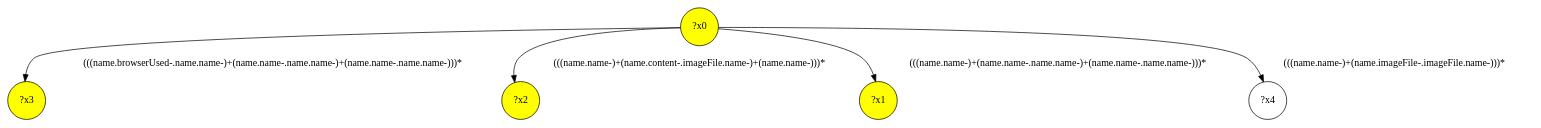
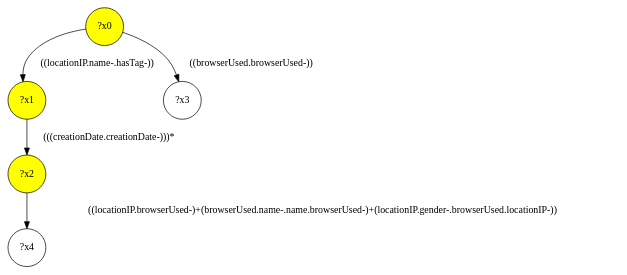
Before and after one commit to gbagan/gmark: the diagram in demo/social-a/social-a-interface/query-24.dot, drawn with Graphviz. The commit also changed 1418 other files, not shown here.

```diff
--- a/demo/social-a/social-a-interface/query-24.dot
+++ b/demo/social-a/social-a-interface/query-24.dot
@@ -1,11 +1,11 @@
 digraph g {
-	x3 [fillcolor="yellow", style="filled," shape=circle, label="?x3"];
+	x0 [fillcolor="yellow", style="filled," shape=circle, label="?x0"];
 	x2 [fillcolor="yellow", style="filled," shape=circle, label="?x2"];
 	x1 [fillcolor="yellow", style="filled," shape=circle, label="?x1"];
-	x0 [fillcolor="yellow", style="filled," shape=circle, label="?x0"];
-	x0 -> x1 [label="(((name.name-)+(name.name-.name.name-)+(name.name-.name.name-)))*"];
-	x0 -> x2 [label="(((name.name-)+(name.content-.imageFile.name-)+(name.name-)))*"];
-	x0 -> x3 [label="(((name.browserUsed-.name.name-)+(name.name-.name.name-)+(name.name-.name.name-)))*"];
+	x0 -> x1 [label="((locationIP.name-.hasTag-))"];
+	x1 -> x2 [label="(((creationDate.creationDate-)))*"];
+	x3 [shape=circle, label="?x3"];
+	x0 -> x3 [label="((browserUsed.browserUsed-))"];
 	x4 [shape=circle, label="?x4"];
-	x0 -> x4 [label="(((name.name-)+(name.imageFile-.imageFile.name-)))*"];
+	x2 -> x4 [label="((locationIP.browserUsed-)+(browserUsed.name-.name.browserUsed-)+(locationIP.gender-.browserUsed.locationIP-))"];
 }
```
